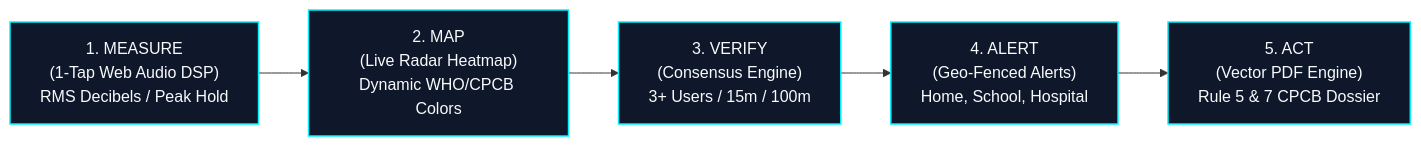
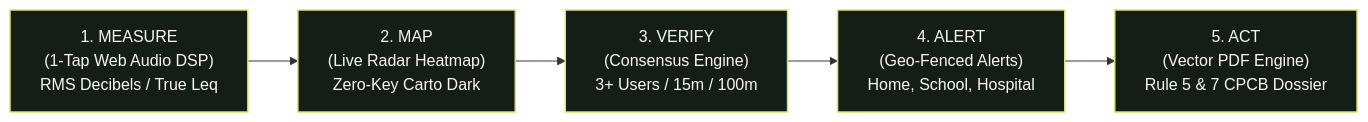
The diagram in README.md (abhisheksharma075/NoiseMap), drawn with Mermaid before and after one commit. The commit also changed other lines of this file and 10 other files, not shown here.

Commit message:
feat: high-classic logo redesign, live sampling HUD avatar, incident PDF quick-export, musical tap feedback, and README documentation

````diff
--- a/README.md
+++ b/README.md
@@ -56,10 +95,10 @@
 ```mermaid
 flowchart LR
-    A["1. MEASURE\n(1-Tap Web Audio DSP)\nRMS Decibels / Peak Hold"] --> B["2. MAP\n(Live Radar Heatmap)\nDynamic WHO/CPCB Colors"]
+    A["1. MEASURE\n(1-Tap Web Audio DSP)\nRMS Decibels / True Leq"] --> B["2. MAP\n(Live Radar Heatmap)\nZero-Key Carto Dark"]
     B --> C["3. VERIFY\n(Consensus Engine)\n3+ Users / 15m / 100m"]
     C --> D["4. ALERT\n(Geo-Fenced Alerts)\nHome, School, Hospital"]
     D --> E["5. ACT\n(Vector PDF Engine)\nRule 5 & 7 CPCB Dossier"]
 
-    classDef stage fill:#0F172A,stroke:#00F2FE,stroke-width:1.5px,color:#F8FAFC;
+    classDef stage fill:#141E17,stroke:#D5E66B,stroke-width:1.5px,color:#FAF8F2;
     class A,B,C,D,E stage;
 ```
````
